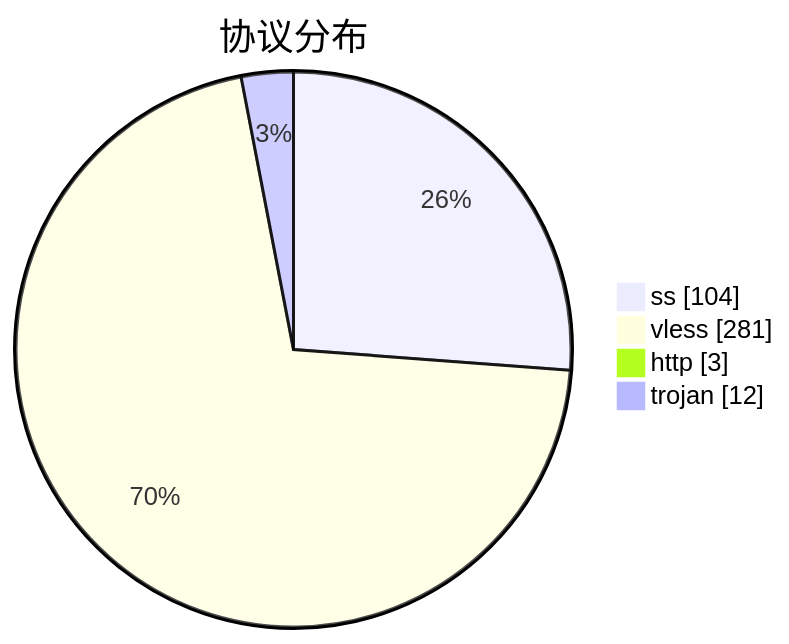
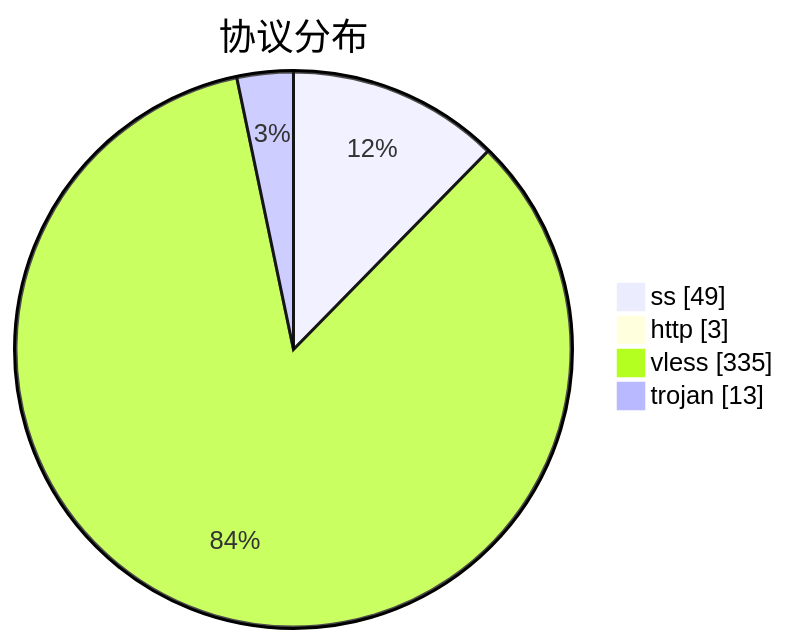
Before and after one commit to qjlxg/airport: the third of 3 diagrams in subs/statistics/tested_within.md, drawn with Mermaid. The commit also changed other lines of this file and 2 other files, not shown here.

````diff
--- a/subs/statistics/tested_within.md
+++ b/subs/statistics/tested_within.md
@@ -32,8 +33,8 @@
 ```mermaid
 pie showData
 title 协议分布
-"ss" : 104
-"vless" : 281
+"ss" : 49
 "http" : 3
-"trojan" : 12
+"vless" : 335
+"trojan" : 13
 ```
````
